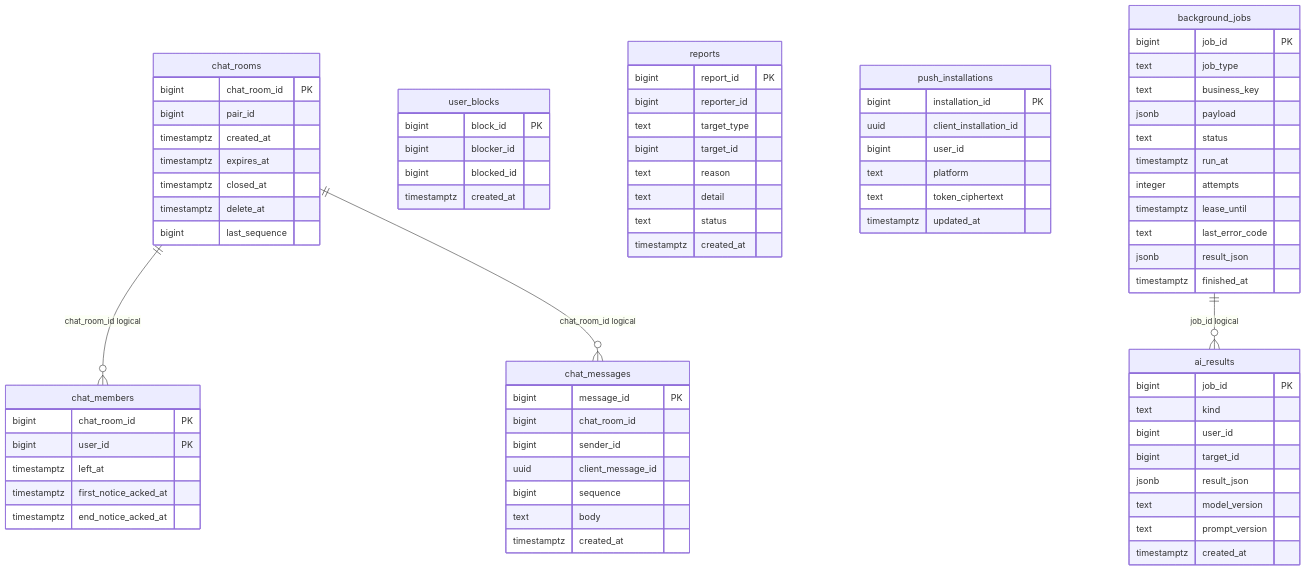
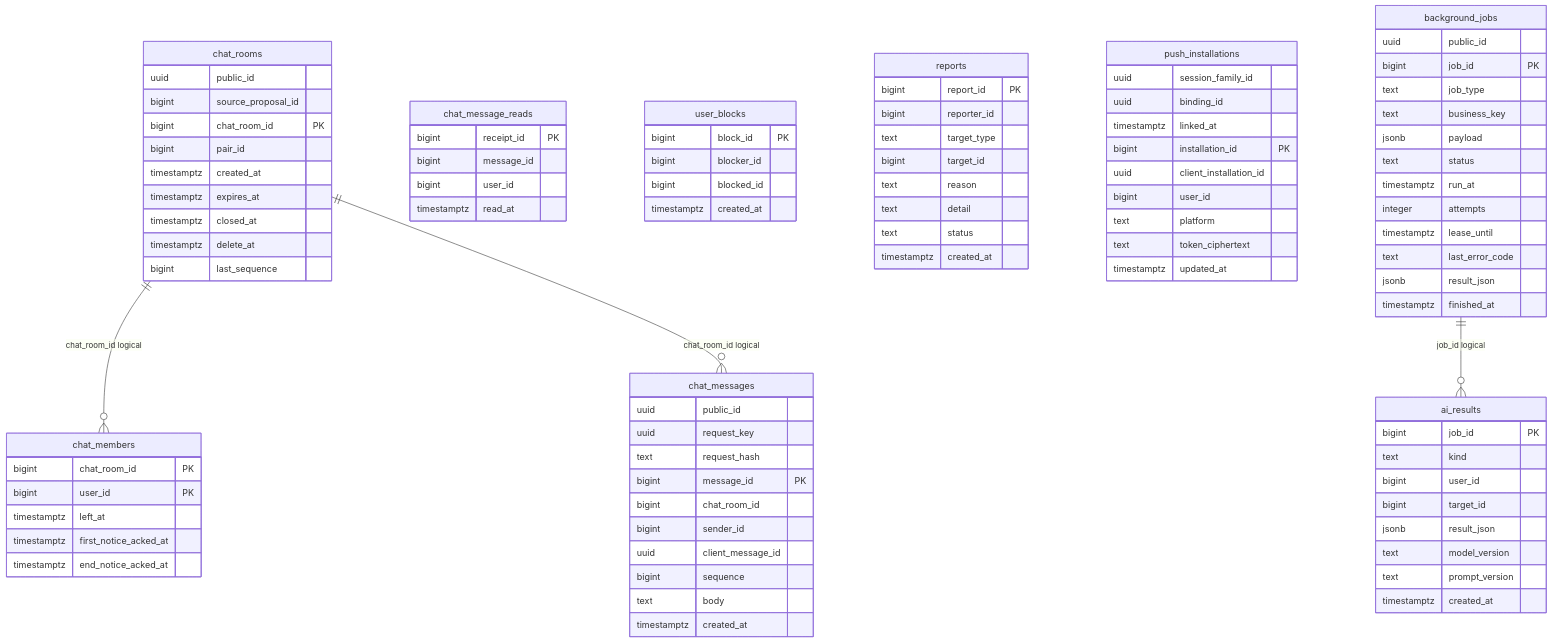
Before and after one commit to j-moo/Tingle: the diagram in docs/database/erd-4.mmd, drawn with Mermaid. The commit also changed 122 other files, not shown here.

Commit message:
fix: 채팅 저장과 안내 연동 및 API와 ERD 정합화

```diff
--- a/docs/database/erd-4.mmd
+++ b/docs/database/erd-4.mmd
@@ -1,76 +1,91 @@
 erDiagram
     chat_rooms {
+        uuid public_id
+        bigint source_proposal_id
         bigint chat_room_id PK
         bigint pair_id
         timestamptz created_at
         timestamptz expires_at
         timestamptz closed_at
         timestamptz delete_at
         bigint last_sequence
     }
     chat_members {
         bigint chat_room_id PK
         bigint user_id PK
         timestamptz left_at
         timestamptz first_notice_acked_at
         timestamptz end_notice_acked_at
     }
     chat_messages {
+        uuid public_id
+        uuid request_key
+        text request_hash
         bigint message_id PK
         bigint chat_room_id
         bigint sender_id
         uuid client_message_id
         bigint sequence
         text body
         timestamptz created_at
+    }
+    chat_message_reads {
+        bigint receipt_id PK
+        bigint message_id
+        bigint user_id
+        timestamptz read_at
     }
     user_blocks {
         bigint block_id PK
         bigint blocker_id
         bigint blocked_id
         timestamptz created_at
     }
     reports {
         bigint report_id PK
         bigint reporter_id
         text target_type
         bigint target_id
         text reason
         text detail
         text status
         timestamptz created_at
     }
     ai_results {
         bigint job_id PK
         text kind
         bigint user_id
         bigint target_id
         jsonb result_json
         text model_version
         text prompt_version
         timestamptz created_at
     }
     push_installations {
+        uuid session_family_id
+        uuid binding_id
+        timestamptz linked_at
         bigint installation_id PK
         uuid client_installation_id
         bigint user_id
         text platform
         text token_ciphertext
         timestamptz updated_at
     }
     background_jobs {
+        uuid public_id
         bigint job_id PK
         text job_type
         text business_key
         jsonb payload
         text status
         timestamptz run_at
         integer attempts
         timestamptz lease_until
         text last_error_code
         jsonb result_json
         timestamptz finished_at
     }
     chat_rooms ||--o{ chat_members : "chat_room_id logical"
     chat_rooms ||--o{ chat_messages : "chat_room_id logical"
     background_jobs ||--o{ ai_results : "job_id logical"
```
